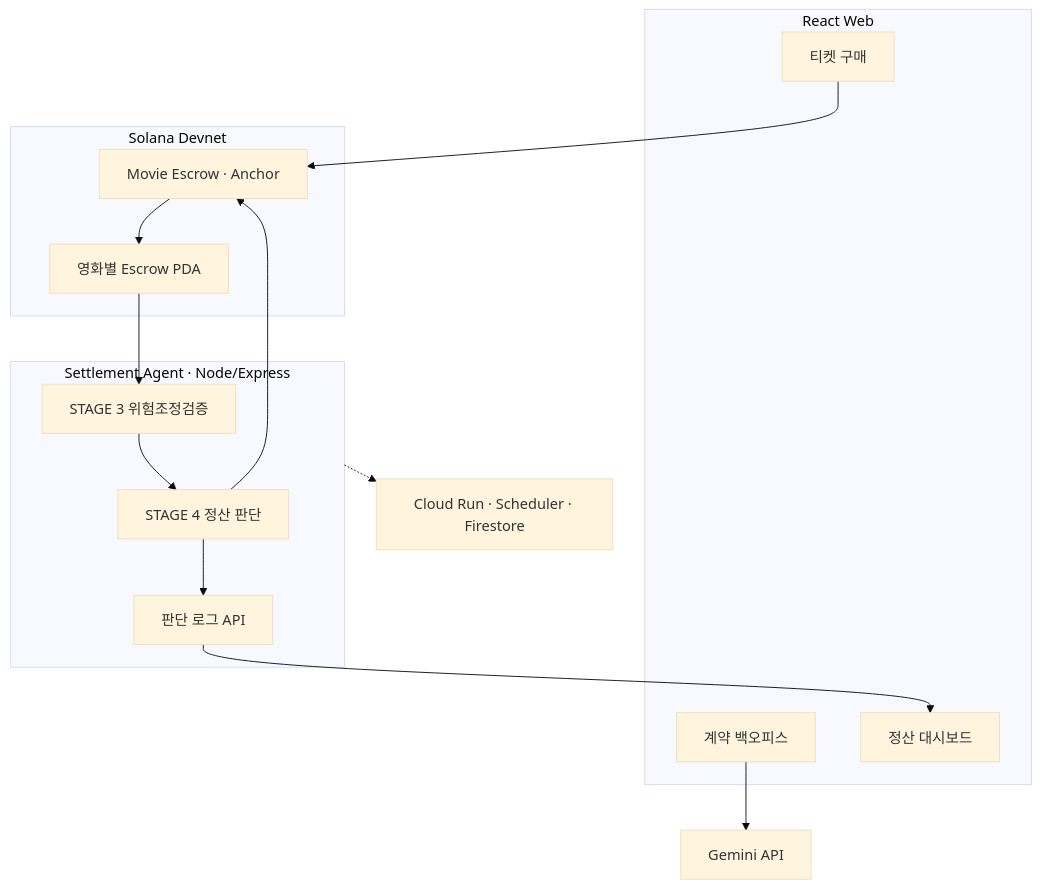
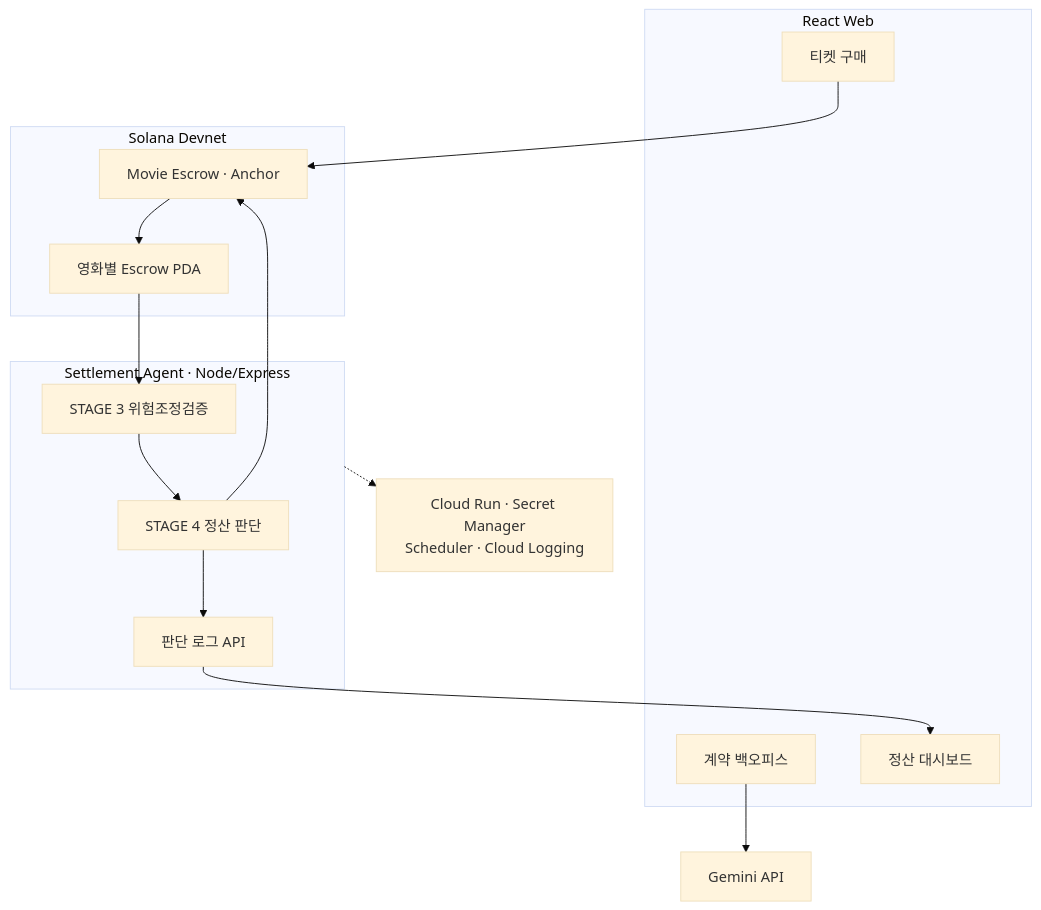
The second of 2 diagrams in README.md (chaincrew-kr/blockchain-hackathon), drawn with Mermaid (base theme) before and after one commit. The commit also changed other lines of this file and 1 other file, not shown here.

Commit message:
docs: align public flow with deployed MVP

````diff
--- a/README.md
+++ b/README.md
@@ -180,32 +188,32 @@
 ```mermaid
 flowchart TB
   subgraph Web["React Web"]
     Ticket["티켓 구매"]
     Backoffice["계약 백오피스"]
     Dashboard["정산 대시보드"]
   end
 
   subgraph Agent["Settlement Agent · Node/Express"]
     Verify["STAGE 3 위험조정검증"]
     Judge["STAGE 4 정산 판단"]
     Logs["판단 로그 API"]
   end
 
   subgraph Solana["Solana Devnet"]
     Program["Movie Escrow · Anchor"]
     PDA["영화별 Escrow PDA"]
   end
 
   Gemini["Gemini API"]
-  Cloud["Cloud Run · Scheduler · Firestore"]
+  Cloud["Cloud Run · Secret Manager<br/>Scheduler · Cloud Logging"]
 
   Backoffice --> Gemini
   Ticket --> Program
   Program --> PDA
   PDA --> Verify
   Verify --> Judge
   Judge --> Program
   Judge --> Logs
   Logs --> Dashboard
   Agent -.-> Cloud
 ```
````
